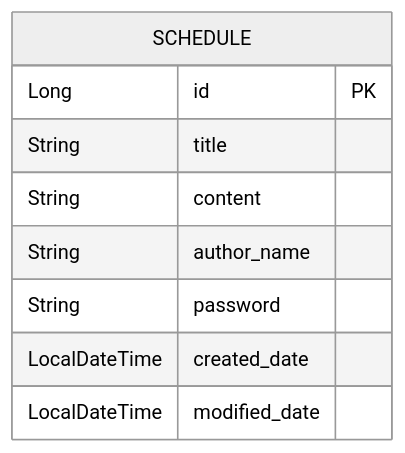
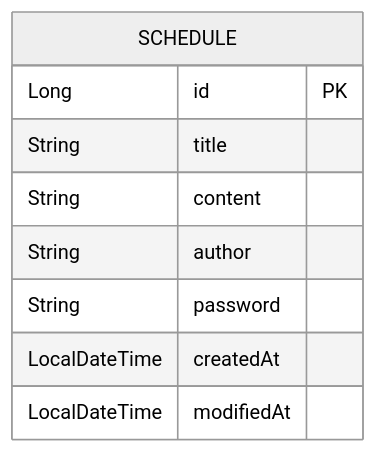
Before and after one commit to jeongmin-seong/schedule: the diagram in README.md, drawn with Mermaid (neutral theme). The commit also changed other lines of this file, not shown here.

````diff
--- a/README.md
+++ b/README.md
@@ -25,12 +25,12 @@
 ```mermaid
 erDiagram
     SCHEDULE {
         Long id PK
         String title
         String content
-        String author_name
+        String author
         String password
-        LocalDateTime created_date
-        LocalDateTime modified_date
+        LocalDateTime createdAt
+        LocalDateTime modifiedAt
     }
 ```
````
